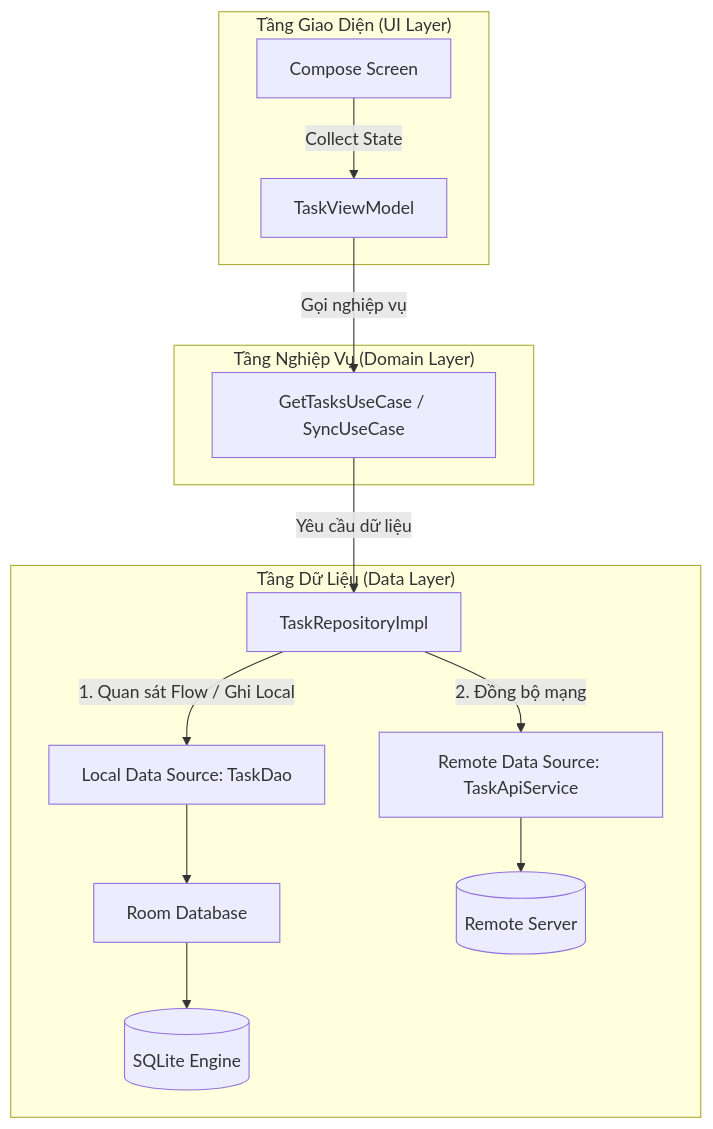
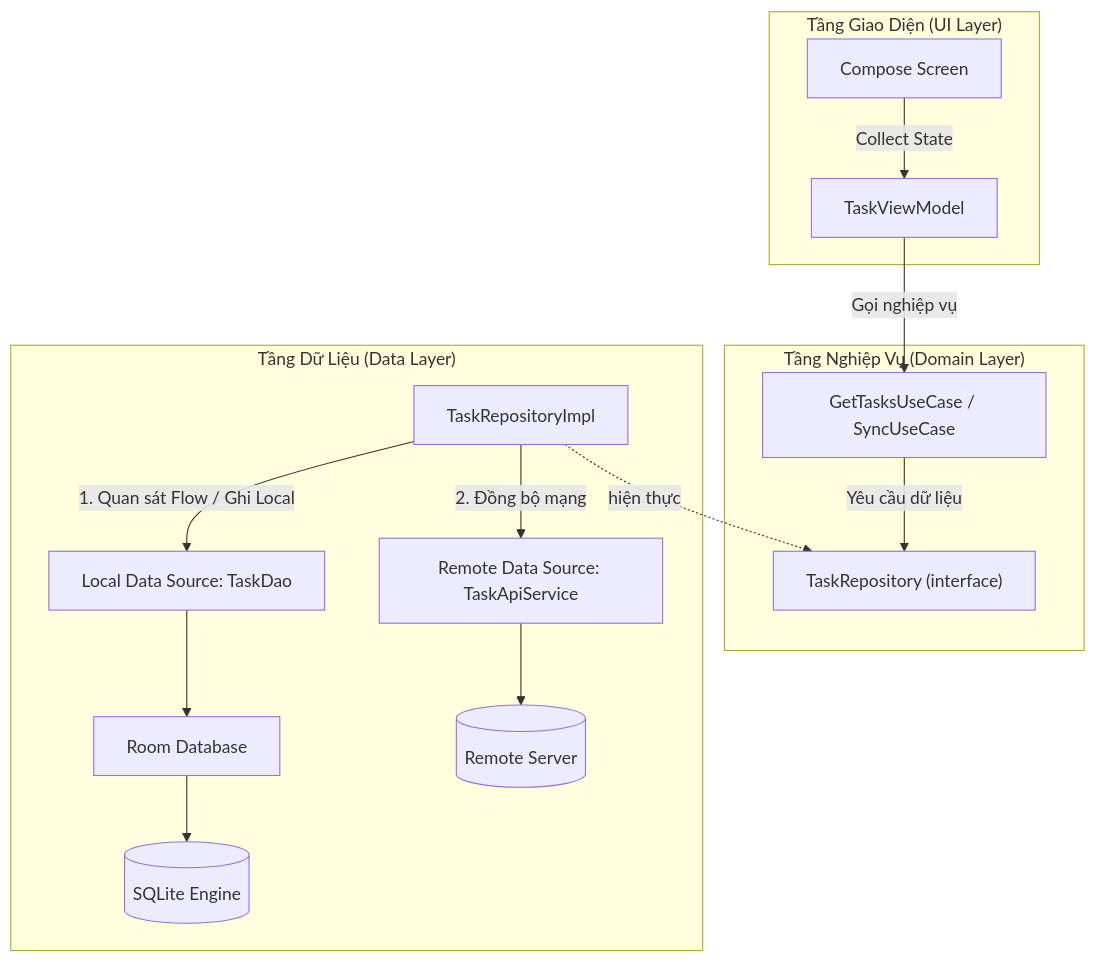
One commit to h1eu/knowledge changed the sixth of 6 diagrams in knowledge/android/docs/session_05/data_store/room_architecture.md. Above: the diagram before and after it, drawn with Mermaid. The commit also changed other lines of this file and 5 other files, not shown here.

First line of the commit message:
docs(android): fix Clean Architecture dependency direction in S04/S05 diagrams

````diff
--- a/knowledge/android/docs/session_05/data_store/room_architecture.md
+++ b/knowledge/android/docs/session_05/data_store/room_architecture.md
@@ -1000,29 +1000,31 @@
 ```mermaid
 graph TD
     subgraph UI_Layer["Tầng Giao Diện (UI Layer)"]
         Screen[Compose Screen]
         VM[TaskViewModel]
     end
 
     subgraph Domain_Layer["Tầng Nghiệp Vụ (Domain Layer)"]
         UseCase[GetTasksUseCase / SyncUseCase]
+        RepoApi["TaskRepository (interface)"]
     end
 
     subgraph Data_Layer["Tầng Dữ Liệu (Data Layer)"]
         Repo[TaskRepositoryImpl]
         LocalDS[Local Data Source: TaskDao]
         RemoteDS[Remote Data Source: TaskApiService]
         Room[Room Database]
         SQLite[(SQLite Engine)]
         Server[(Remote Server)]
     end
 
     Screen -->|Collect State| VM
     VM -->|Gọi nghiệp vụ| UseCase
-    UseCase -->|Yêu cầu dữ liệu| Repo
+    UseCase -->|Yêu cầu dữ liệu| RepoApi
+    Repo -.->|hiện thực| RepoApi
     Repo -->|1. Quan sát Flow / Ghi Local| LocalDS
     Repo -->|2. Đồng bộ mạng| RemoteDS
     LocalDS --> Room
     Room --> SQLite
     RemoteDS --> Server
 ```
````
